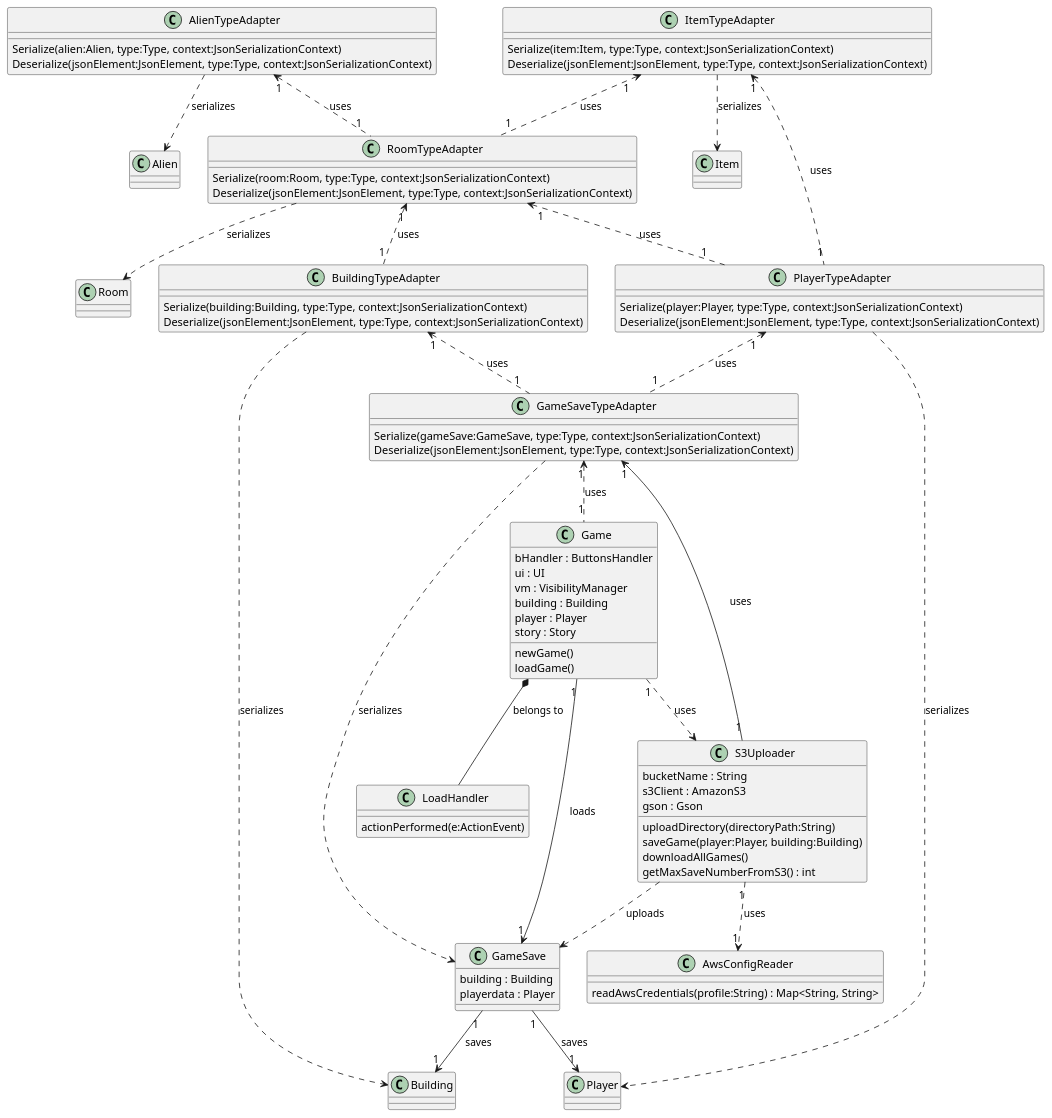
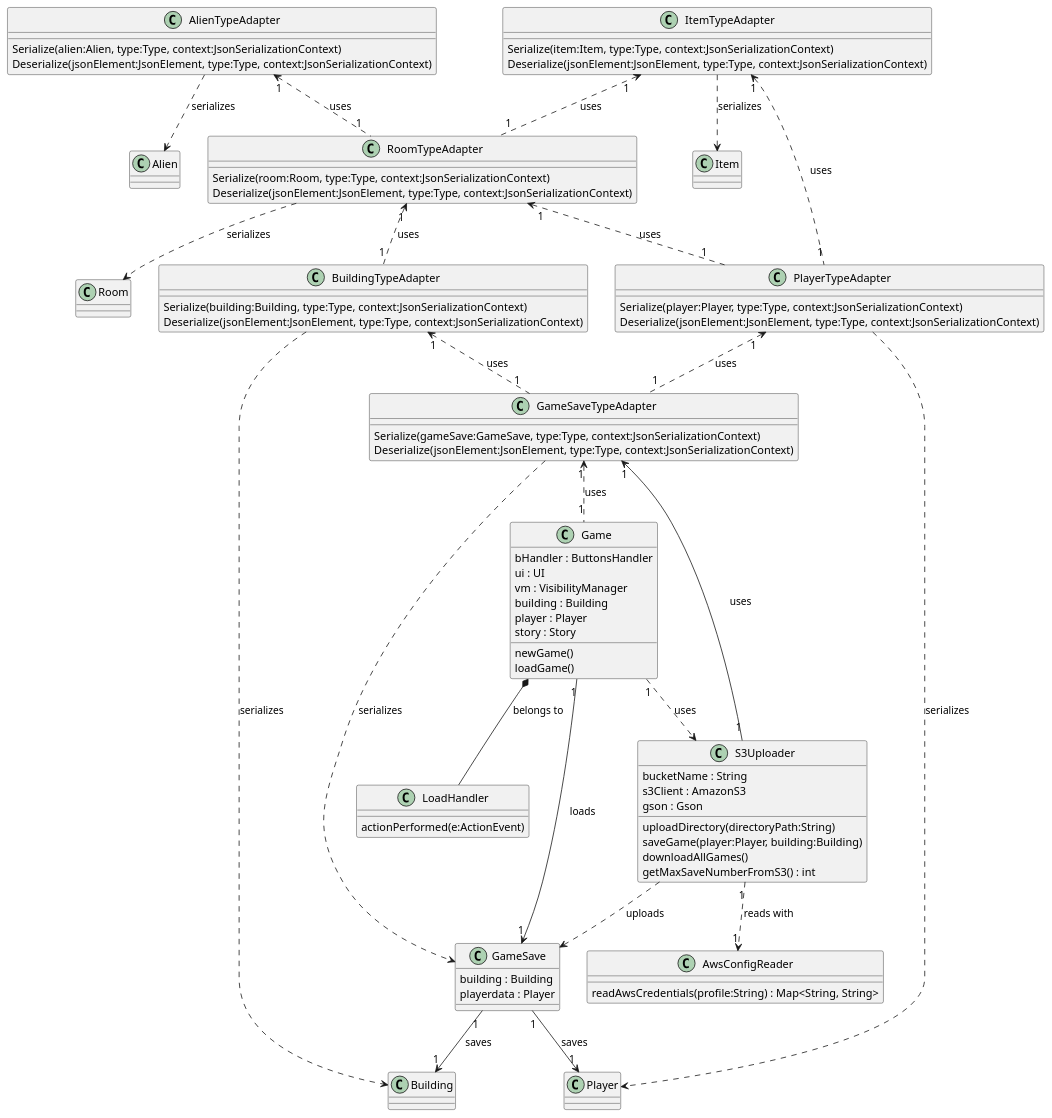
The diagram in src/main/java/com/extraction/uml/uml diagrams/Design-Class-Model-Upload.puml (EDIDS/EDIDS_Proj), drawn with PlantUML before and after one commit. The commit also changed 12 other files, not shown here.

Commit message:
Almost finished diagrams.

```diff
--- a/src/main/java/com/extraction/uml/uml diagrams/Design-Class-Model-Upload.puml
+++ b/src/main/java/com/extraction/uml/uml diagrams/Design-Class-Model-Upload.puml
@@ -1,94 +1,94 @@
 @startuml
 'https://plantuml.com/class-diagram
 
 class Game {
     bHandler : ButtonsHandler
     ui : UI
     vm : VisibilityManager
     building : Building
     player : Player
     story : Story
     newGame()
     loadGame()
 }
 
 class LoadHandler {
     actionPerformed(e:ActionEvent)
 }
 
 class AlienTypeAdapter {
     Serialize(alien:Alien, type:Type, context:JsonSerializationContext)
     Deserialize(jsonElement:JsonElement, type:Type, context:JsonSerializationContext)
 }
 
 class BuildingTypeAdapter {
     Serialize(building:Building, type:Type, context:JsonSerializationContext)
     Deserialize(jsonElement:JsonElement, type:Type, context:JsonSerializationContext)
 }
 
 class GameSaveTypeAdapter {
     Serialize(gameSave:GameSave, type:Type, context:JsonSerializationContext)
     Deserialize(jsonElement:JsonElement, type:Type, context:JsonSerializationContext)
 }
 
 class ItemTypeAdapter {
     Serialize(item:Item, type:Type, context:JsonSerializationContext)
     Deserialize(jsonElement:JsonElement, type:Type, context:JsonSerializationContext)
 }
 
 class PlayerTypeAdapter {
     Serialize(player:Player, type:Type, context:JsonSerializationContext)
     Deserialize(jsonElement:JsonElement, type:Type, context:JsonSerializationContext)
 }
 
 class RoomTypeAdapter {
     Serialize(room:Room, type:Type, context:JsonSerializationContext)
     Deserialize(jsonElement:JsonElement, type:Type, context:JsonSerializationContext)
 }
 
 class AwsConfigReader {
     readAwsCredentials(profile:String) : Map<String, String>
 }
 
 class GameSave {
     building : Building
     playerdata : Player
 }
 
 class S3Uploader {
     bucketName : String
     s3Client : AmazonS3
     gson : Gson
     uploadDirectory(directoryPath:String)
     saveGame(player:Player, building:Building)
     downloadAllGames()
     getMaxSaveNumberFromS3() : int
 }
 
-S3Uploader"1" ..> "1"AwsConfigReader : uses
+S3Uploader"1" ..> "1"AwsConfigReader : reads with
 S3Uploader ..> GameSave : uploads
 GameSave"1" --> "1"Building : saves
 GameSave"1" --> "1"Player : saves
 
 Game *-- LoadHandler : belongs to
 Game"1" --> "1"GameSave : loads
 Game"1" ..> S3Uploader : uses
 
 AlienTypeAdapter"1" <.. "1"RoomTypeAdapter : uses
 RoomTypeAdapter"1" <.. "1"BuildingTypeAdapter : uses
 RoomTypeAdapter"1" <.. "1"PlayerTypeAdapter : uses
 ItemTypeAdapter"1" <.. "1"RoomTypeAdapter :uses
 ItemTypeAdapter"1" <.. "1"PlayerTypeAdapter : uses
 PlayerTypeAdapter"1" <.. "1"GameSaveTypeAdapter : uses
 BuildingTypeAdapter"1" <.. "1"GameSaveTypeAdapter : uses
 GameSaveTypeAdapter"1" <.. "1"Game : uses
 GameSaveTypeAdapter"1" <-- "1"S3Uploader : uses
 
 AlienTypeAdapter ..> Alien : serializes
 RoomTypeAdapter ..> Room : serializes
 ItemTypeAdapter ..> Item : serializes
 PlayerTypeAdapter ..> Player : serializes
 BuildingTypeAdapter ..> Building : serializes
 GameSaveTypeAdapter ..> GameSave : serializes
 
 @enduml
```
